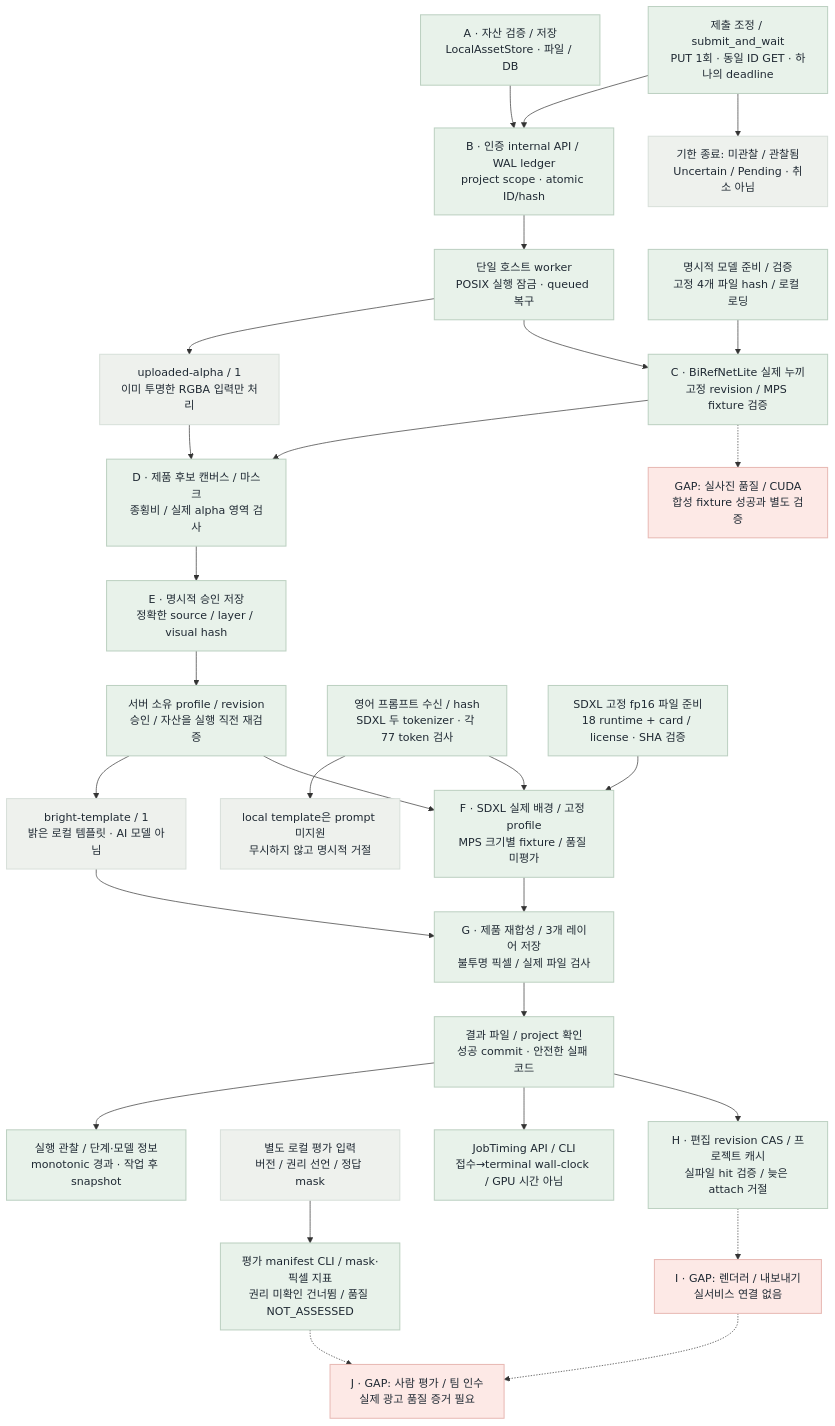
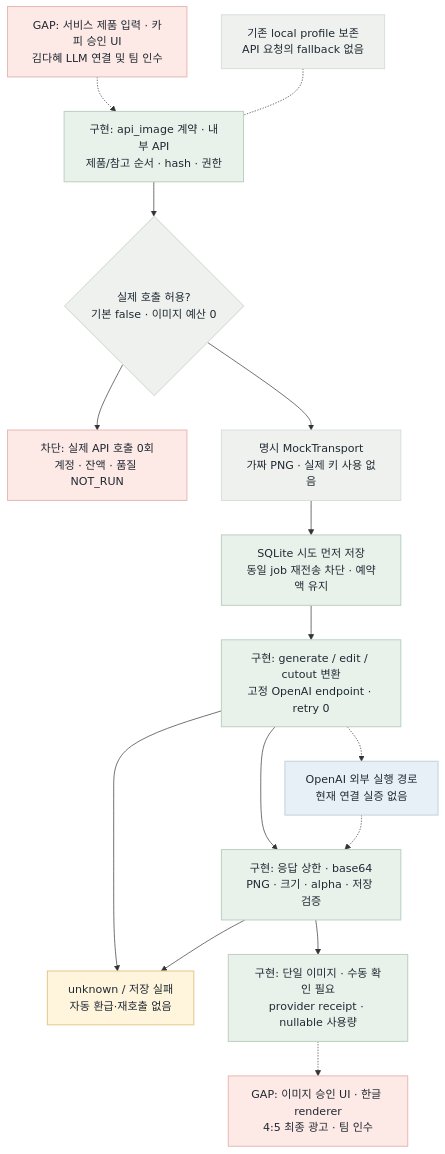
One commit to uyt5041-lab/beauty-ai-models changed the second of 2 diagrams in fivecircles/architecture/spec/image-runtime-flow.md. Above: the diagram before and after it, drawn with Mermaid. The commit also changed other lines of this file and 43 other files, not shown here.

Commit message:
feat: add guarded OpenAI image wrappers and API cutout

````diff
--- a/fivecircles/architecture/spec/image-runtime-flow.md
+++ b/fivecircles/architecture/spec/image-runtime-flow.md
@@ -41,48 +37,30 @@
 ```mermaid
 flowchart TB
-    A["A · 자산 검증 / 저장<br/>LocalAssetStore · 파일 / DB"]:::green
-    B["B · 인증 internal API / WAL ledger<br/>project scope · atomic ID/hash"]:::green
-    O["제출 조정 / submit_and_wait<br/>PUT 1회 · 동일 ID GET · 하나의 deadline"]:::green
-    Y["기한 종료: 미관찰 / 관찰됨<br/>Uncertain / Pending · 취소 아님"]:::gray
-    W["단일 호스트 worker<br/>POSIX 실행 잠금 · queued 복구"]:::green
-    U["uploaded-alpha / 1<br/>이미 투명한 RGBA 입력만 처리"]:::gray
-    C["C · BiRefNetLite 실제 누끼<br/>고정 revision / MPS fixture 검증"]:::green
-    D["D · 제품 후보 캔버스 / 마스크<br/>종횡비 / 실제 alpha 영역 검사"]:::green
-    E["E · 명시적 승인 저장<br/>정확한 source / layer / visual hash"]:::green
-    P["서버 소유 profile / revision<br/>승인 / 자산을 실행 직전 재검증"]:::green
-    T["bright-template / 1<br/>밝은 로컬 템플릿 · AI 모델 아님"]:::gray
-    F["F · SDXL 실제 배경 / 고정 profile<br/>MPS 크기별 fixture / 품질 미평가"]:::green
-    G["G · 제품 재합성 / 3개 레이어 저장<br/>불투명 픽셀 / 실제 파일 검사"]:::green
-    R["결과 파일 / project 확인<br/>성공 commit · 안전한 실패 코드"]:::green
-    H["H · 편집 revision CAS / 프로젝트 캐시<br/>실파일 hit 검증 / 늦은 attach 거절"]:::green
-    I["I · GAP: 렌더러 / 내보내기<br/>실서비스 연결 없음"]:::red
-    J["J · GAP: 사람 평가 / 팀 인수<br/>실제 광고 품질 증거 필요"]:::red
-    Q["영어 프롬프트 수신 / hash<br/>SDXL 두 tokenizer · 각 77 token 검사"]:::green
-    X["local template은 prompt 미지원<br/>무시하지 않고 명시적 거절"]:::gray
-    V["별도 로컬 평가 입력<br/>버전 / 권리 선언 / 정답 mask"]:::gray
-    K["평가 manifest CLI / mask·픽셀 지표<br/>권리 미확인 건너뜀 / 품질 NOT_ASSESSED"]:::green
-    L["JobTiming API / CLI<br/>접수→terminal wall-clock / GPU 시간 아님"]:::green
-    O --> B
-    O --> Y
-    M["실행 관찰 / 단계·모델 정보<br/>monotonic 경과 · 작업 후 snapshot"]:::green
-    R --> M
-    V --> K -.-> J
-    R --> L
-    Q --> X
-    Q --> F
-    A --> B --> W --> U --> D --> E --> P --> T --> G --> R
-    S["명시적 모델 준비 / 검증<br/>고정 4개 파일 hash / 로컬 로딩"]:::green
-    N["GAP: 실사진 품질 / CUDA<br/>합성 fixture 성공과 별도 검증"]:::red
-    S --> C
-    W --> C --> D
-    C -.-> N
-    S2["SDXL 고정 fp16 파일 준비<br/>18 runtime + card / license · SHA 검증"]:::green
-    S2 --> F
-    P --> F --> G
-    R --> H -.-> I -.-> J
+ A["GAP: 서비스 제품 입력 · 카피 승인 UI<br/>김다혜 LLM 연결 및 팀 인수"]:::red
+ B["구현: api_image 계약 · 내부 API<br/>제품/참고 순서 · hash · 권한"]:::green
+ C{"실제 호출 허용?<br/>기본 false · 이미지 예산 0"}:::gray
+ X["차단: 실제 API 호출 0회<br/>계정 · 잔액 · 품질 NOT_RUN"]:::red
+ M["명시 MockTransport<br/>가짜 PNG · 실제 키 사용 없음"]:::gray
+ D["SQLite 시도 먼저 저장<br/>동일 job 재전송 차단 · 예약액 유지"]:::green
+ E["구현: generate / edit / cutout 변환<br/>고정 OpenAI endpoint · retry 0"]:::green
+ P["OpenAI 외부 실행 경로<br/>현재 연결 실증 없음"]:::blue
+ F["구현: 응답 상한 · base64<br/>PNG · 크기 · alpha · 저장 검증"]:::green
+ U["unknown / 저장 실패<br/>자동 환급·재호출 없음"]:::amber
+ G["구현: 단일 이미지 · 수동 확인 필요<br/>provider receipt · nullable 사용량"]:::green
+ H["GAP: 이미지 승인 UI · 한글 renderer<br/>4:5 최종 광고 · 팀 인수"]:::red
+ L["기존 local profile 보존<br/>API 요청의 fallback 없음"]:::gray
+ A -.-> B --> C
+ C --> X
+ C --> M --> D --> E --> F --> G
+ E -.-> P
+ P -.-> F
+ E --> U
+ F --> U
+ G -.-> H
+ L -.- B
 classDef green fill:#e8f2ea,stroke:#bdd1c2,color:#1f2933,stroke-width:1.5px
 classDef blue fill:#e8f0f7,stroke:#c2d3e0,color:#1f2933,stroke-width:1.5px
 classDef amber fill:#fff4dc,stroke:#e7c88f,color:#1f2933,stroke-width:1.5px
 classDef red fill:#fde9e6,stroke:#e8bab5,color:#1f2933,stroke-width:1.5px
 classDef gray fill:#eef1ed,stroke:#d8e0da,color:#1f2933,stroke-width:1.5px
 ```
````
